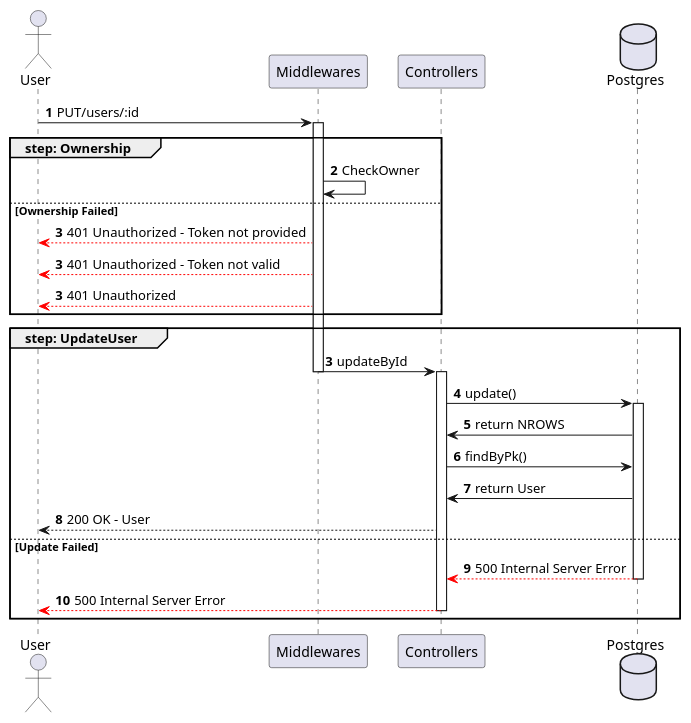
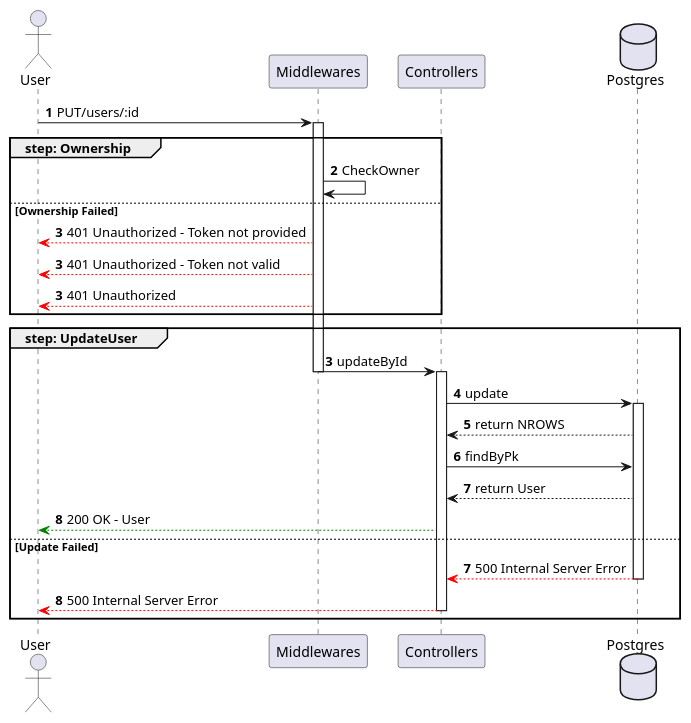
The diagram in sequence_diagrams/UpdateUser.puml (ShadowWalker1411/ProgrammazioneAvanzataREPO), drawn with PlantUML before and after one commit. The commit also changed 10 other files, not shown here.

```diff
--- a/sequence_diagrams/UpdateUser.puml
+++ b/sequence_diagrams/UpdateUser.puml
@@ -1,33 +1,34 @@
 @startuml updateUser
 
 actor User
 participant Middlewares
 participant Controllers
 database Postgres
 
 autonumber
 User -> Middlewares ++: PUT/users/:id
 group step: Ownership
     Middlewares -> Middlewares : CheckOwner
 else Ownership Failed
     autonumber 3
     Middlewares --[#red]> User : 401 Unauthorized - Token not provided
     autonumber 3
     Middlewares --[#red]> User : 401 Unauthorized - Token not valid
     autonumber 3
     Middlewares --[#red]> User : 401 Unauthorized
 end
 group step: UpdateUser
     autonumber 3
     Middlewares -> Controllers --++: updateById
-    Controllers -> Postgres ++: update()
-    Postgres -> Controllers: return NROWS
-    Controllers -> Postgres : findByPk()
-    Postgres -> Controllers: return User
-    Controllers --> User : 200 OK - User
+    Controllers -> Postgres ++: update
+    Postgres --> Controllers: return NROWS
+    Controllers -> Postgres : findByPk
+    Postgres --> Controllers: return User
+    Controllers --[#green]> User : 200 OK - User
 else Update Failed
+    autonumber 7
     Postgres --[#red]> Controllers --: 500 Internal Server Error
     Controllers --[#red]> User --: 500 Internal Server Error
 end
 
 @enduml
```
